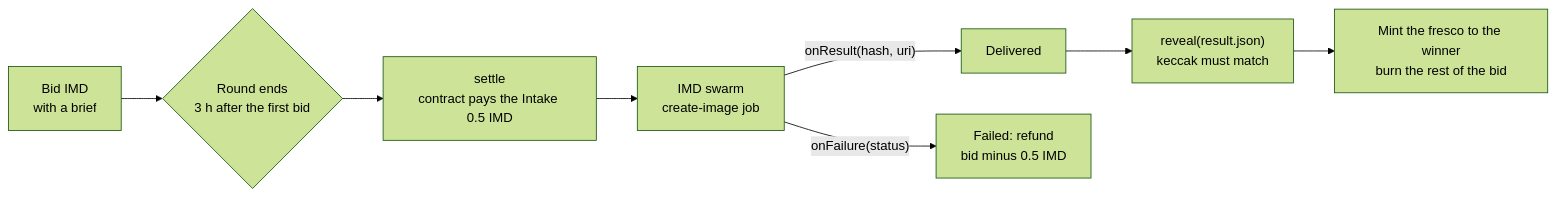
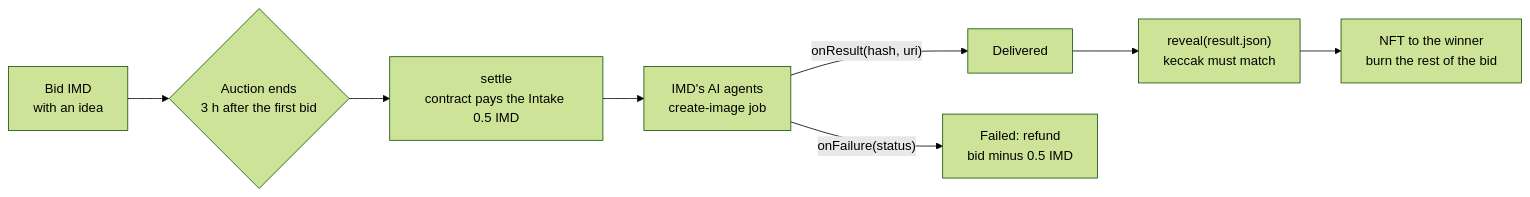
The diagram in README.md (Timidan/sinopia), drawn with Mermaid (forest theme) before and after one commit. The commit also changed other lines of this file, not shown here.

````diff
--- a/README.md
+++ b/README.md
@@ -68,10 +72,10 @@
 ```mermaid
 flowchart LR
-  B["Bid IMD<br/>with a brief"] --> R{"Round ends<br/>3 h after the first bid"}
+  B["Bid IMD<br/>with an idea"] --> R{"Auction ends<br/>3 h after the first bid"}
   R --> S["settle<br/>contract pays the Intake 0.5 IMD"]
-  S --> J["IMD swarm<br/>create-image job"]
+  S --> J["IMD's AI agents<br/>create-image job"]
   J -- "onResult(hash, uri)" --> D["Delivered"]
   J -- "onFailure(status)" --> F["Failed: refund<br/>bid minus 0.5 IMD"]
   D --> V["reveal(result.json)<br/>keccak must match"]
-  V --> M["Mint the fresco to the winner<br/>burn the rest of the bid"]
+  V --> M["NFT to the winner<br/>burn the rest of the bid"]
 ```
````
